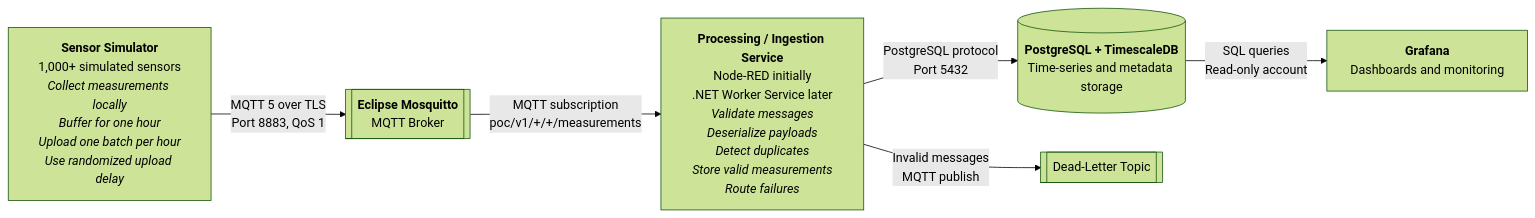
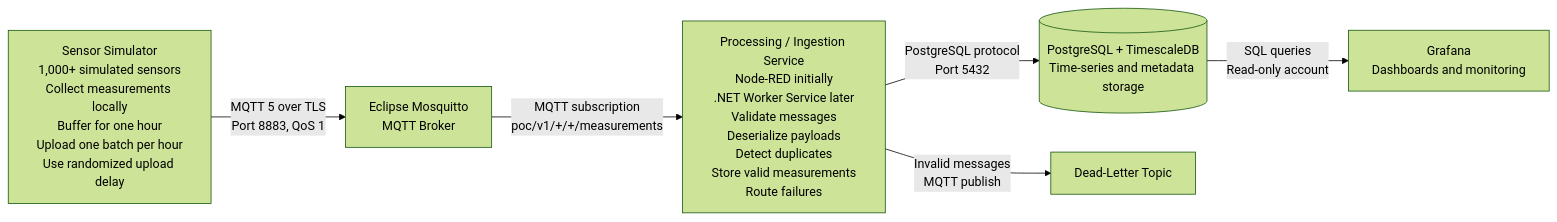
The first of 3 diagrams in documentation/Proof_of_Concept_for_the_system_architecture.md (Basel-Hackthon-Smart-Trash/smart-trash), drawn with Mermaid (forest theme) before and after one commit. The commit also changed other lines of this file, not shown here.

Commit message:
adaptsgraphs to be rendered from github

````diff
--- a/documentation/Proof_of_Concept_for_the_system_architecture.md
+++ b/documentation/Proof_of_Concept_for_the_system_architecture.md
@@ -20,15 +20,15 @@
 ```mermaid
 flowchart LR
-    Sensors["<b>Sensor Simulator</b><br/>1,000+ simulated sensors<br/><i>Collect measurements locally<br/>Buffer for one hour<br/>Upload one batch per hour<br/>Use randomized upload delay</i>"]
-    Broker[["<b>Eclipse Mosquitto</b><br/>MQTT Broker"]]
-    Processor["<b>Processing / Ingestion Service</b><br/>Node-RED initially<br/>.NET Worker Service later<br/><i>Validate messages<br/>Deserialize payloads<br/>Detect duplicates<br/>Store valid measurements<br/>Route failures</i>"]
-    Database[("<b>PostgreSQL + TimescaleDB</b><br/>Time-series and metadata storage")]
-    Grafana["<b>Grafana</b><br/>Dashboards and monitoring"]
-    DeadLetter[["Dead-Letter Topic"]]
+    Sensors["Sensor Simulator<br/>1,000+ simulated sensors<br/>Collect measurements locally<br/>Buffer for one hour<br/>Upload one batch per hour<br/>Use randomized upload delay"]
+    Broker["Eclipse Mosquitto<br/>MQTT Broker"]
+    Processor["Processing / Ingestion Service<br/>Node-RED initially<br/>.NET Worker Service later<br/>Validate messages<br/>Deserialize payloads<br/>Detect duplicates<br/>Store valid measurements<br/>Route failures"]
+    Database[("PostgreSQL + TimescaleDB<br/>Time-series and metadata storage")]
+    Grafana["Grafana<br/>Dashboards and monitoring"]
+    DeadLetter["Dead-Letter Topic"]
 
     Sensors -->|"MQTT 5 over TLS<br/>Port 8883, QoS 1"| Broker
     Broker -->|"MQTT subscription<br/>poc/v1/+/+/measurements"| Processor
     Processor -->|"PostgreSQL protocol<br/>Port 5432"| Database
     Database -->|"SQL queries<br/>Read-only account"| Grafana
     Processor -->|"Invalid messages<br/>MQTT publish"| DeadLetter
 ```
````
